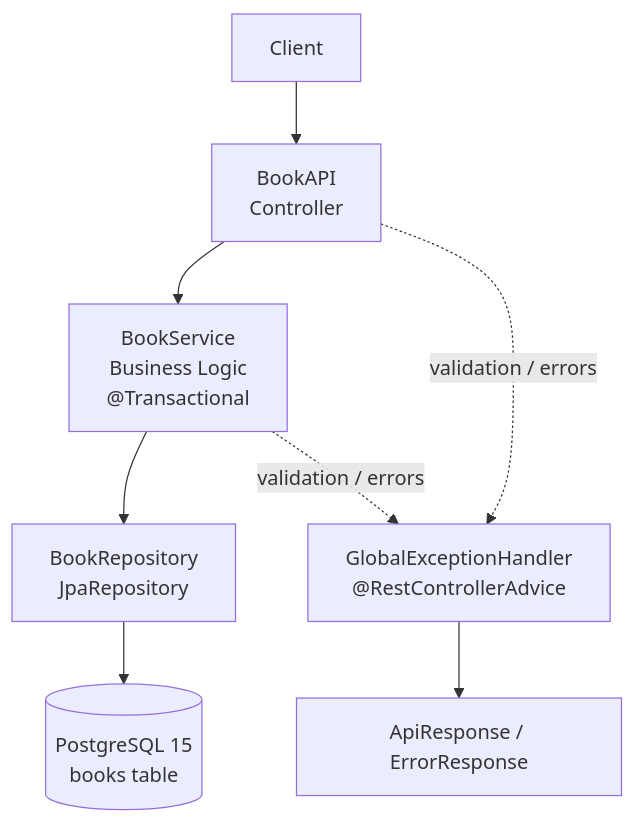
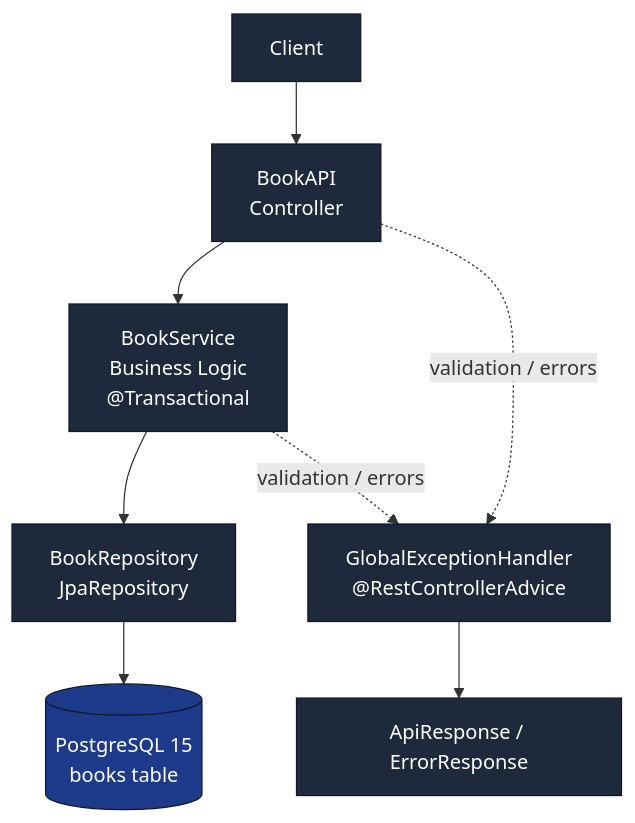
The diagram in README.md (kyledelfin2006/library-api-system), drawn with Mermaid before and after one commit.

Commit message:
Enhance diagram with class definitions in README
Added class definitions and updated diagram in README.

````diff
--- a/README.md
+++ b/README.md
@@ -38,10 +38,16 @@
 ```mermaid
 flowchart TD
     C["Client"] --> A["BookAPI<br/>Controller"]
     A --> S["BookService<br/>Business Logic<br/>@Transactional"]
     S --> R["BookRepository<br/>JpaRepository"]
     R --> D[("PostgreSQL 15<br/>books table")]
     A -. validation / errors .-> E["GlobalExceptionHandler<br/>@RestControllerAdvice"]
     S -. validation / errors .-> E
     E --> F["ApiResponse / ErrorResponse"]
+
+    classDef default fill:#1e293b,stroke:#0f172a,color:#ffffff
+    classDef db fill:#1e3a8a,stroke:#0f172a,color:#ffffff
+
+    class C,A,S,R,E,F default
+    class D db
 ```
````
